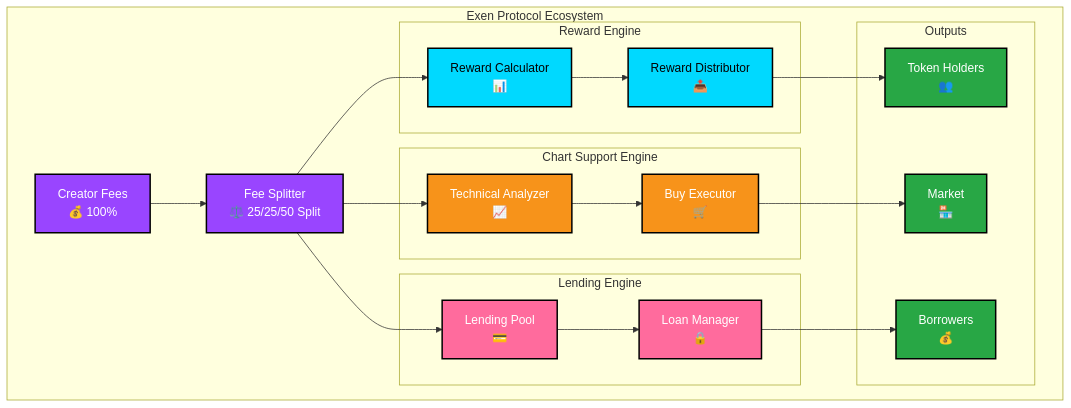
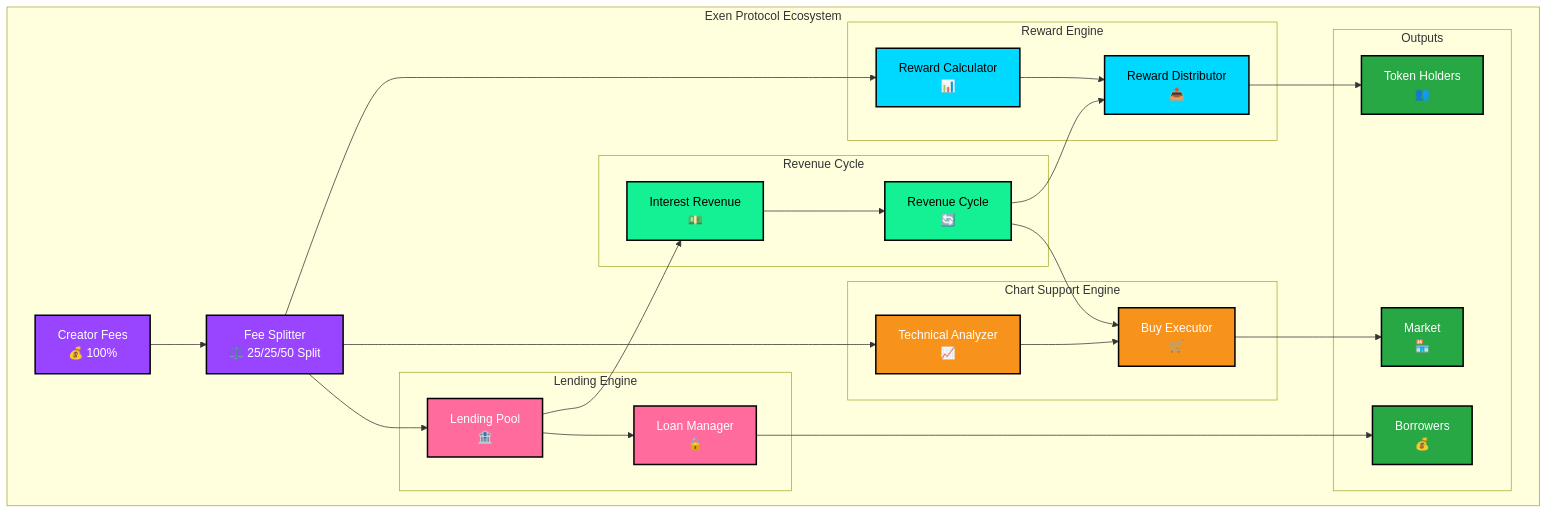
One commit to Exen-Protocol/Exen-Protocol changed the diagram in README.md. Above: the diagram before and after it, drawn with Mermaid. The commit also changed other lines of this file, not shown here.

````diff
--- a/README.md
+++ b/README.md
@@ -5,53 +5,64 @@
 ```mermaid
 graph TB
     subgraph "Exen Protocol Ecosystem"
         CF[Creator Fees<br/>💰 100%]
         FS[Fee Splitter<br/>⚖️ 25/25/50 Split]
         
         subgraph "Reward Engine"
             RE[Reward Calculator<br/>📊]
             RD[Reward Distributor<br/>📤]
         end
         
         subgraph "Chart Support Engine"
             TA[Technical Analyzer<br/>📈]
             BE[Buy Executor<br/>🛒]
         end
         
         subgraph "Lending Engine"
-            LP[Lending Pool<br/>💳]
+            LP[Lending Pool<br/>🏦]
             LM[Loan Manager<br/>🔒]
+        end
+        
+        subgraph "Revenue Cycle"
+            IR[Interest Revenue<br/>💵]
+            RC[Revenue Cycle<br/>🔄]
         end
         
         subgraph "Outputs"
             H[Token Holders<br/>👥]
             M[Market<br/>🏪]
             B[Borrowers<br/>💰]
         end
     end
     
     %% Main flow
     CF --> FS
     FS --> RE
     FS --> TA
     FS --> LP
+    LP --> IR
+    IR --> RC
     RE --> RD
+    RC --> RD
+    RC --> BE
     TA --> BE
     LP --> LM
     RD --> H
     BE --> M
     LM --> B
     
     %% Styling
     classDef primary fill:#9945FF,stroke:#000,stroke-width:2px,color:#fff
     classDef secondary fill:#00D9FF,stroke:#000,stroke-width:2px,color:#000
     classDef accent fill:#F7931A,stroke:#000,stroke-width:2px,color:#fff
     classDef success fill:#28a745,stroke:#000,stroke-width:2px,color:#fff
     classDef lending fill:#FF6B9D,stroke:#000,stroke-width:2px,color:#fff
+    classDef revenue fill:#14F195,stroke:#000,stroke-width:2px,color:#000
     
     class CF,FS primary
     class RE,RD secondary
     class TA,BE accent
     class LP,LM lending
+    class IR,RC revenue
     class H,M,B success
 ```
````
